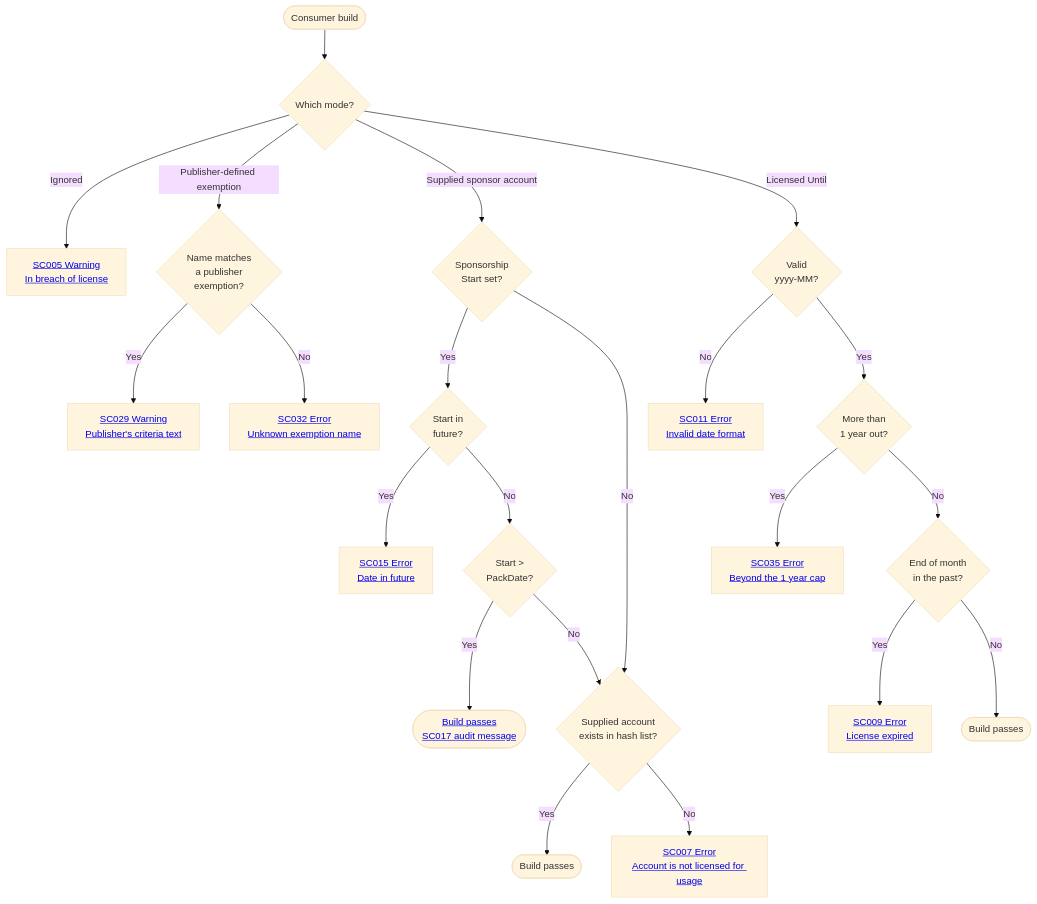
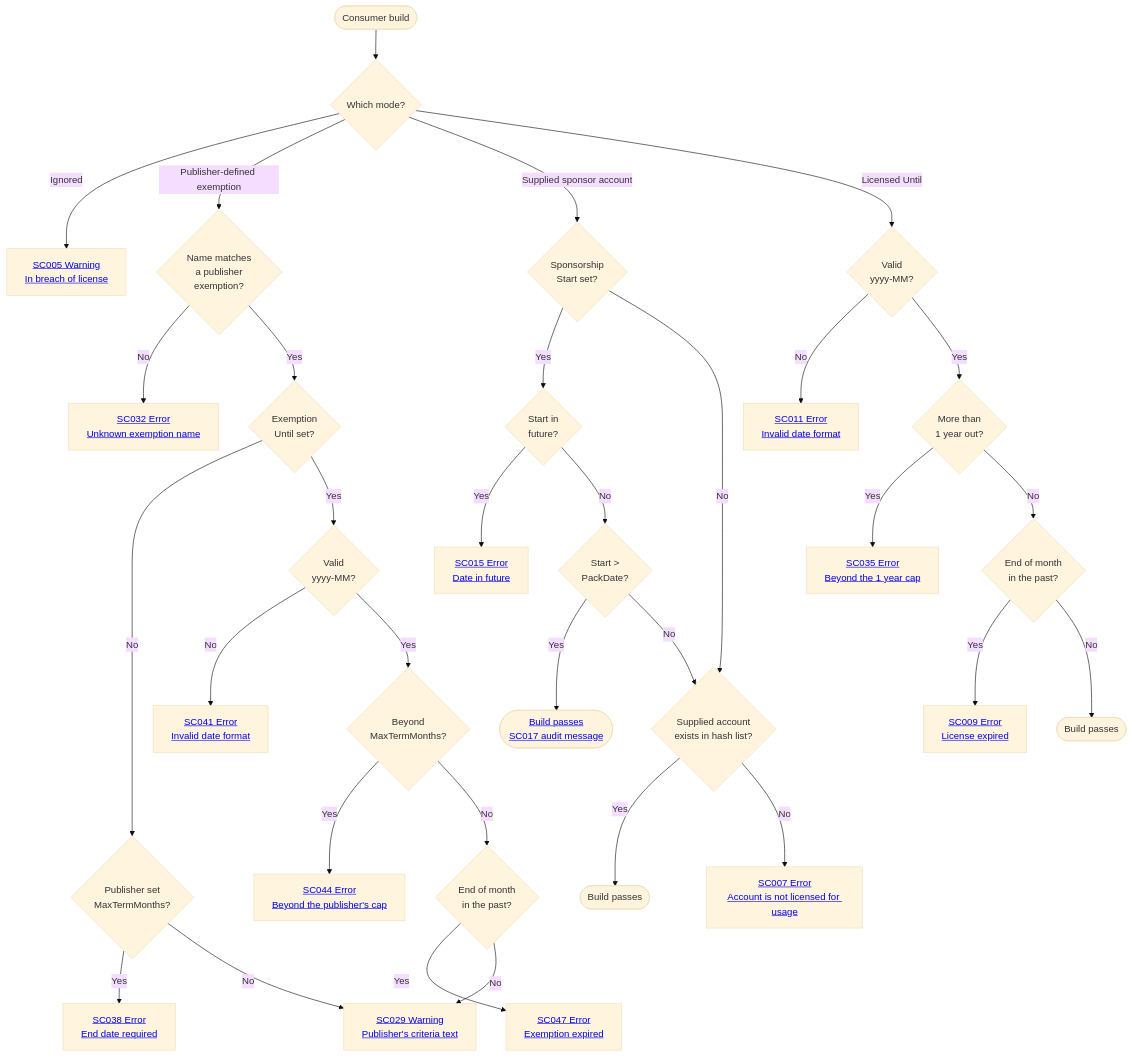
Before and after one commit to SimonCropp/SponsorCheck: the diagram in docs/ConsumerUsage.md, drawn with Mermaid (base theme). The commit also changed other lines of this file and 79 other files, not shown here.

````diff
--- a/docs/ConsumerUsage.md
+++ b/docs/ConsumerUsage.md
@@ -299,29 +328,40 @@
 ```mermaid
 flowchart TD
     Start([Consumer build]) --> Which{Which mode?}
 
     Which -->|Ignored| SC005[<a href='https://github.com/SimonCropp/SponsorCheck/blob/main/docs/VerifierDiagnosticCodes.md#sc005'>SC005 Warning<br/>In breach of license</a>]
 
     Which -->|Publisher-defined exemption| KnownName{Name matches<br/>a publisher<br/>exemption?}
-    KnownName -->|Yes| SC029[<a href='https://github.com/SimonCropp/SponsorCheck/blob/main/docs/VerifierDiagnosticCodes.md#sc029'>SC029 Warning<br/>Publisher's criteria text</a>]
     KnownName -->|No| SC032[<a href='https://github.com/SimonCropp/SponsorCheck/blob/main/docs/VerifierDiagnosticCodes.md#sc032'>SC032 Error<br/>Unknown exemption name</a>]
+    KnownName -->|Yes| HasUntil{Exemption<br/>Until set?}
+    HasUntil -->|No| Capped{Publisher set<br/>MaxTermMonths?}
+    Capped -->|Yes| SC038[<a href='https://github.com/SimonCropp/SponsorCheck/blob/main/docs/VerifierDiagnosticCodes.md#sc038'>SC038 Error<br/>End date required</a>]
+    Capped -->|No| SC029
+    HasUntil -->|Yes| UntilYM{Valid<br/>yyyy-MM?}
+    UntilYM -->|No| SC041[<a href='https://github.com/SimonCropp/SponsorCheck/blob/main/docs/VerifierDiagnosticCodes.md#sc041'>SC041 Error<br/>Invalid date format</a>]
+    UntilYM -->|Yes| UntilCap{Beyond<br/>MaxTermMonths?}
+    UntilCap -->|Yes| SC044[<a href='https://github.com/SimonCropp/SponsorCheck/blob/main/docs/VerifierDiagnosticCodes.md#sc044'>SC044 Error<br/>Beyond the publisher's cap</a>]
+    UntilCap -->|No| UntilExpired{End of month<br/>in the past?}
+    UntilExpired -->|Yes| SC047[<a href='https://github.com/SimonCropp/SponsorCheck/blob/main/docs/VerifierDiagnosticCodes.md#sc047'>SC047 Error<br/>Exemption expired</a>]
+    UntilExpired -->|No| SC029
+    SC029[<a href='https://github.com/SimonCropp/SponsorCheck/blob/main/docs/VerifierDiagnosticCodes.md#sc029'>SC029 Warning<br/>Publisher's criteria text</a>]
 
     Which -->|Supplied sponsor account| HasStart{Sponsorship<br/>Start set?}
     HasStart -->|Yes| Future{Start in<br/>future?}
     Future -->|Yes| SC015[<a href='https://github.com/SimonCropp/SponsorCheck/blob/main/docs/VerifierDiagnosticCodes.md#sc015'>SC015 Error<br/>Date in future</a>]
     Future -->|No| AfterPack{Start &gt;<br/>PackDate?}
     AfterPack -->|Yes| PassAttest([<a href='https://github.com/SimonCropp/SponsorCheck/blob/main/docs/VerifierDiagnosticCodes.md#sc017'>Build passes<br/>SC017 audit message</a>])
     AfterPack -->|No| Match
     HasStart -->|No| Match
     Match{Supplied account<br/>exists in hash list?}
     Match -->|Yes| PassSponsor([Build passes])
     Match -->|No| SC007[<a href='https://github.com/SimonCropp/SponsorCheck/blob/main/docs/VerifierDiagnosticCodes.md#sc007'>SC007 Error<br/>Account is not licensed for usage</a>]
 
     Which -->|Licensed Until| ParseYM{Valid<br/>yyyy-MM?}
     ParseYM -->|No| SC011[<a href='https://github.com/SimonCropp/SponsorCheck/blob/main/docs/VerifierDiagnosticCodes.md#sc011'>SC011 Error<br/>Invalid date format</a>]
     ParseYM -->|Yes| TooFar{More than<br/>1 year out?}
     TooFar -->|Yes| SC035[<a href='https://github.com/SimonCropp/SponsorCheck/blob/main/docs/VerifierDiagnosticCodes.md#sc035'>SC035 Error<br/>Beyond the 1 year cap</a>]
     TooFar -->|No| Expired{End of month<br/>in the past?}
     Expired -->|Yes| SC009[<a href='https://github.com/SimonCropp/SponsorCheck/blob/main/docs/VerifierDiagnosticCodes.md#sc009'>SC009 Error<br/>License expired</a>]
     Expired -->|No| PassLicense([Build passes])
 ```
````
